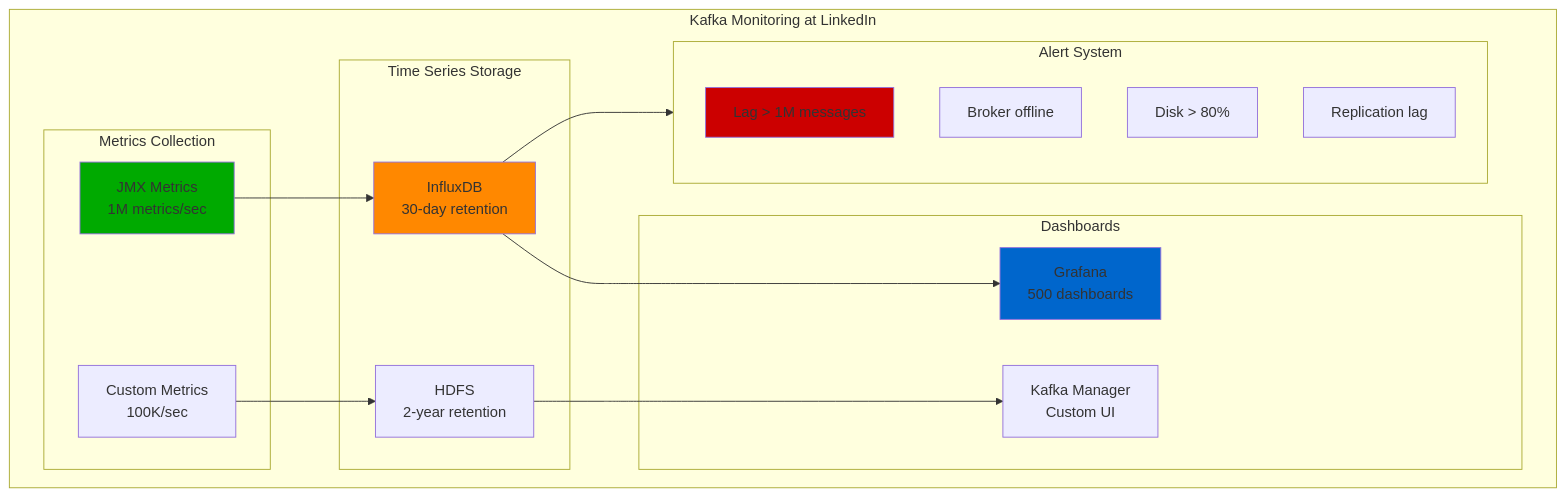
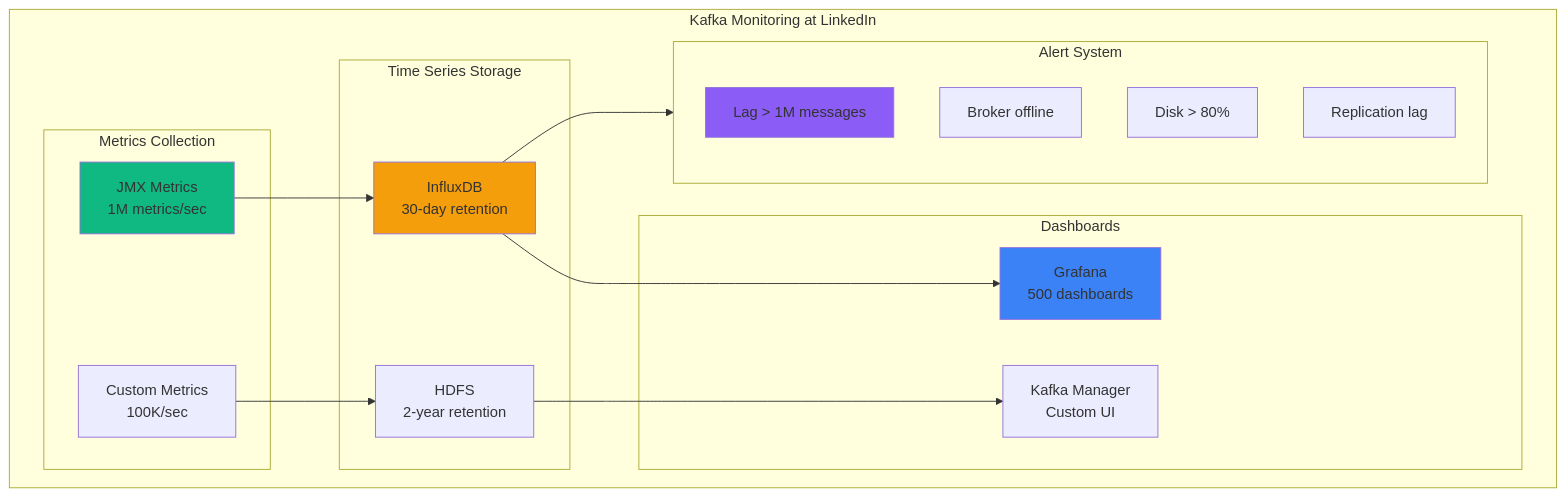
One commit to deepaucksharma/DS changed the sixth of 7 diagrams in site/docs/migrations/linkedin-kafka-evolution.md. Above: the diagram before and after it, drawn with Mermaid. The commit also changed other lines of this file and 303 other files, not shown here.

````diff
--- a/site/docs/migrations/linkedin-kafka-evolution.md
+++ b/site/docs/migrations/linkedin-kafka-evolution.md
@@ -482,35 +482,35 @@
 ```mermaid
 graph TB
     subgraph "Kafka Monitoring at LinkedIn"
         subgraph Metrics[Metrics Collection]
             JMX[JMX Metrics<br/>1M metrics/sec]
             CUSTOM[Custom Metrics<br/>100K/sec]
         end
 
         subgraph Storage[Time Series Storage]
             INFLUX[InfluxDB<br/>30-day retention]
             HDFS[HDFS<br/>2-year retention]
         end
 
         subgraph Visualization[Dashboards]
             GRAFANA[Grafana<br/>500 dashboards]
             CUSTOM_UI[Kafka Manager<br/>Custom UI]
         end
 
         subgraph Alerting[Alert System]
             ALERT1[Lag > 1M messages]
             ALERT2[Broker offline]
             ALERT3[Disk > 80%]
             ALERT4[Replication lag]
         end
 
         JMX --> INFLUX --> GRAFANA
         CUSTOM --> HDFS --> CUSTOM_UI
         INFLUX --> Alerting
     end
 
-    style JMX fill:#00AA00
-    style INFLUX fill:#FF8800
-    style GRAFANA fill:#0066CC
-    style ALERT1 fill:#CC0000
+    style JMX fill:#10B981
+    style INFLUX fill:#F59E0B
+    style GRAFANA fill:#3B82F6
+    style ALERT1 fill:#8B5CF6
 ```
````
